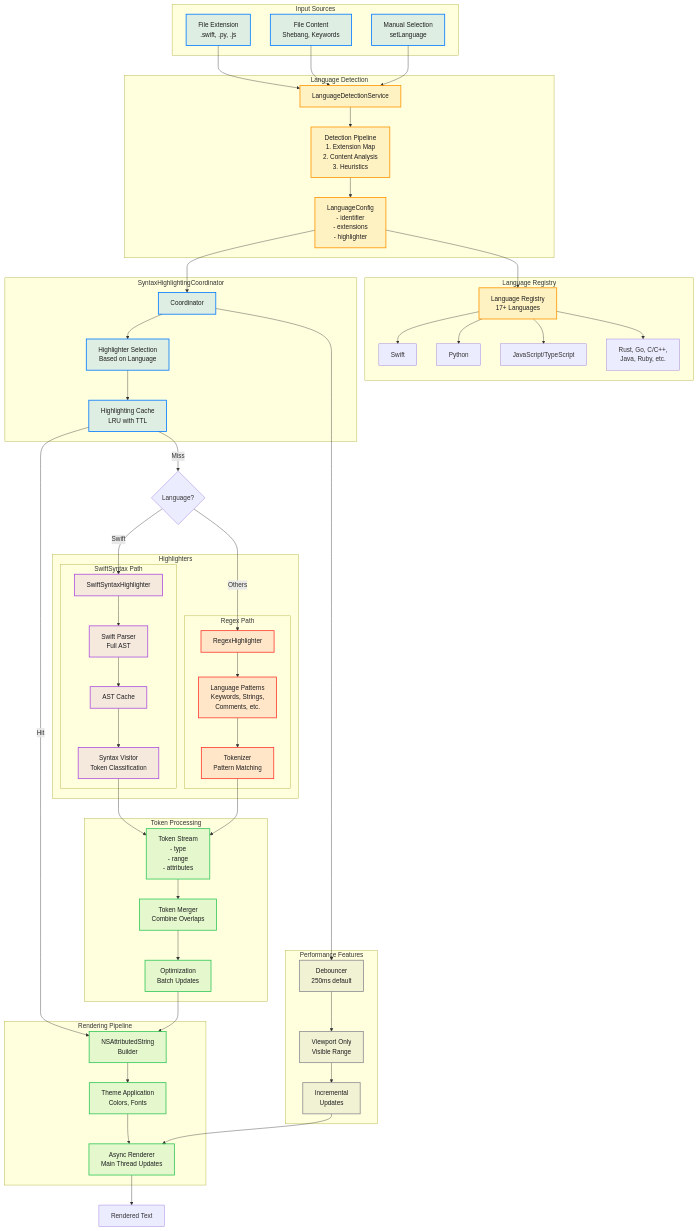
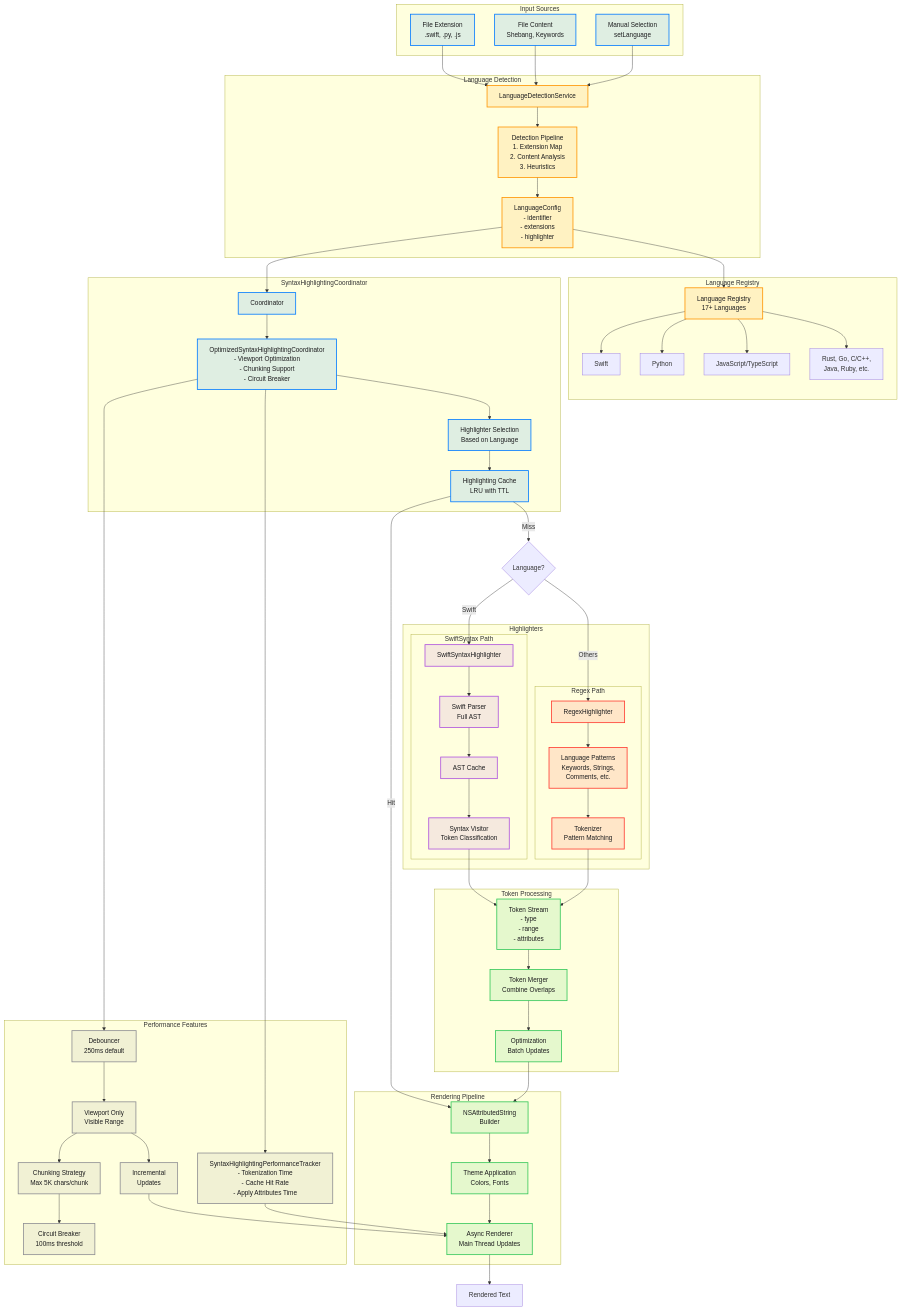
The diagram in Diagrams/06-language-syntax-highlighting-pipeline.md (ajmcclary/CodeEditorKit), drawn with Mermaid before and after one commit. The commit also changed other lines of this file and 64 other files, not shown here.

````diff
--- a/Diagrams/06-language-syntax-highlighting-pipeline.md
+++ b/Diagrams/06-language-syntax-highlighting-pipeline.md
@@ -32,6 +32,7 @@
         COORD[Coordinator]
         SELECT[Highlighter Selection<br/>Based on Language]
         CACHE[Highlighting Cache<br/>LRU with TTL]
+        OPTCOORD[OptimizedSyntaxHighlightingCoordinator<br/>- Viewport Optimization<br/>- Chunking Support<br/>- Circuit Breaker]
     end
 
     %% Highlighter Types
@@ -69,6 +70,9 @@
         DEBOUNCE[Debouncer<br/>250ms default]
         VIEWPORT[Viewport Only<br/>Visible Range]
         INCREMENTAL[Incremental<br/>Updates]
+        PERFTRACK[SyntaxHighlightingPerformanceTracker<br/>- Tokenization Time<br/>- Cache Hit Rate<br/>- Apply Attributes Time]
+        CHUNKING[Chunking Strategy<br/>Max 5K chars/chunk]
+        CIRCUITBREAK[Circuit Breaker<br/>100ms threshold]
     end
 
     %% Flow - Language Detection
@@ -87,7 +91,8 @@
     
     %% Flow - Highlighting
     LANG --> COORD
-    COORD --> SELECT
+    COORD --> OPTCOORD
+    OPTCOORD --> SELECT
     SELECT --> CACHE
     
     CACHE -->|Hit| ATTRS
@@ -117,10 +122,14 @@
     THEME --> ASYNC
     
     %% Performance Integration
-    COORD --> DEBOUNCE
+    OPTCOORD --> DEBOUNCE
+    OPTCOORD --> PERFTRACK
     DEBOUNCE --> VIEWPORT
     VIEWPORT --> INCREMENTAL
+    VIEWPORT --> CHUNKING
+    CHUNKING --> CIRCUITBREAK
     INCREMENTAL --> ASYNC
+    PERFTRACK --> ASYNC
     
     %% Output
     ASYNC --> RENDER[Rendered Text]
@@ -144,6 +153,7 @@
     class COORD coordinator
     class SELECT coordinator
     class CACHE coordinator
+    class OPTCOORD coordinator
     class SS swift
     class PARSE swift
     class VISIT swift
@@ -160,4 +170,7 @@
     class DEBOUNCE perf
     class VIEWPORT perf
     class INCREMENTAL perf
+    class PERFTRACK perf
+    class CHUNKING perf
+    class CIRCUITBREAK perf
 ```
````
